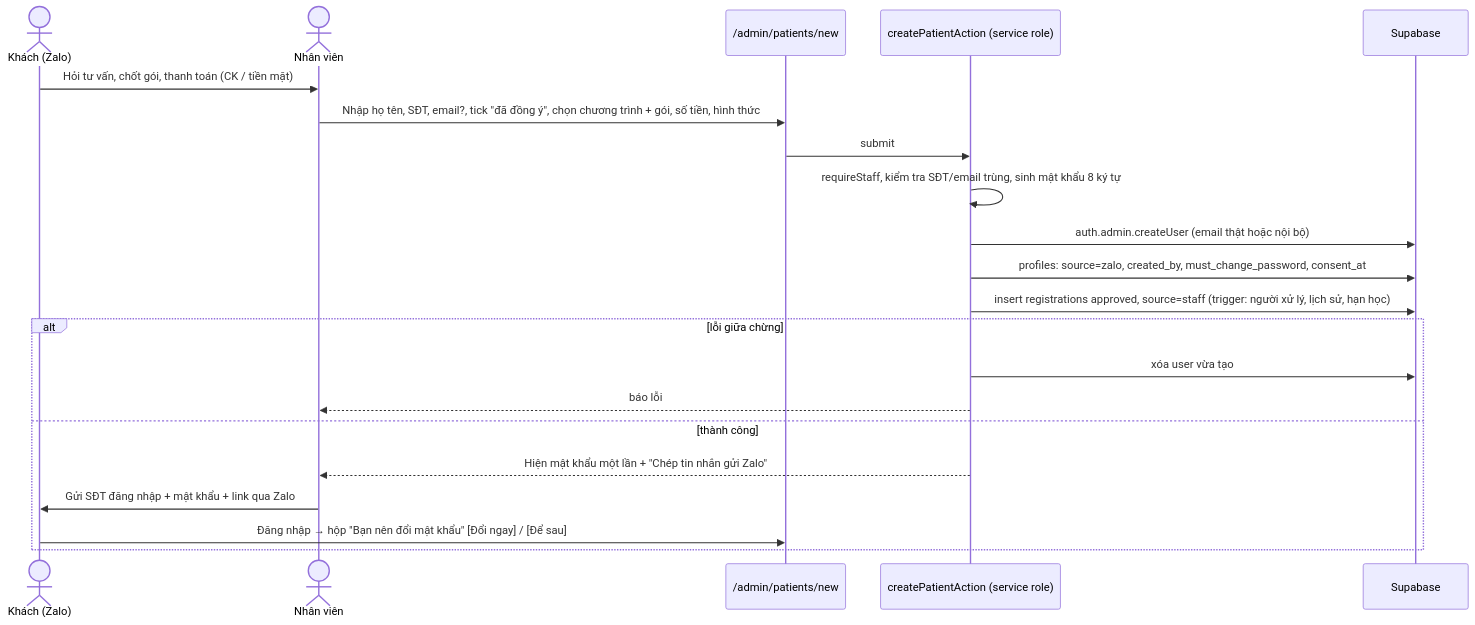
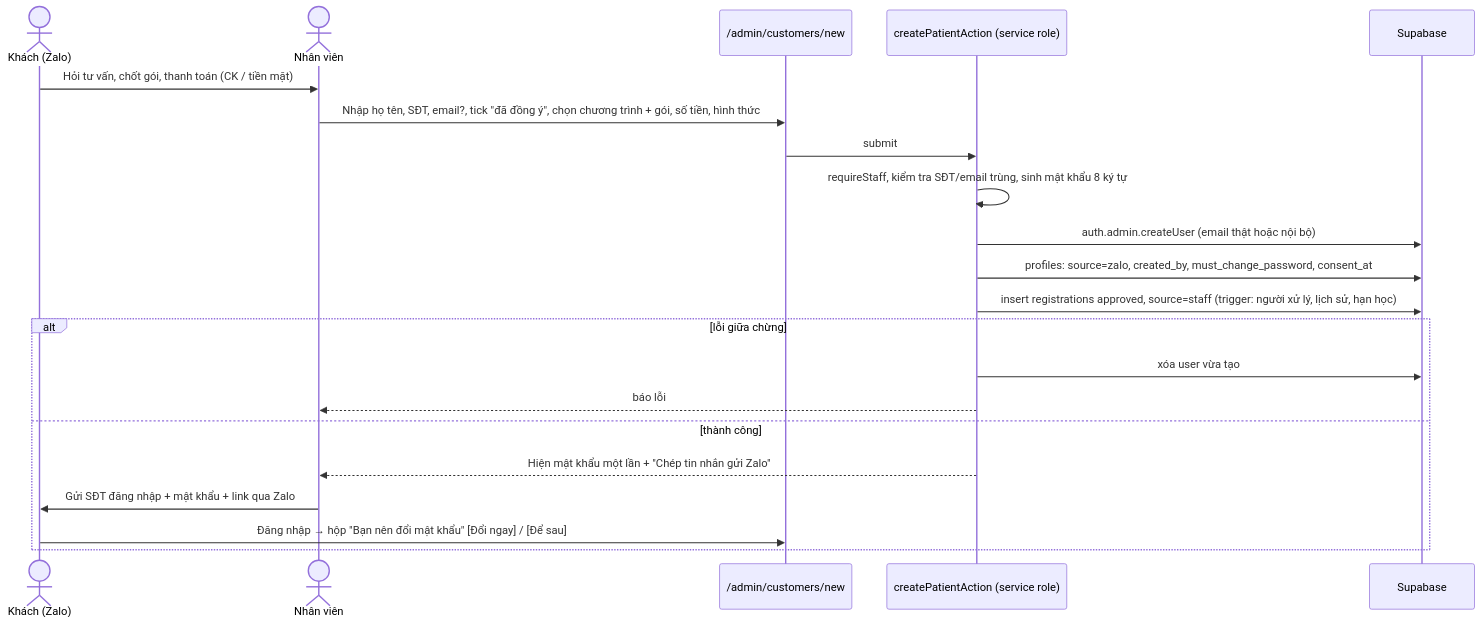
The ninth of 13 diagrams in web design structure/02-user-stories/user-flows.md (dgquan1001/course-platform), drawn with Mermaid before and after one commit. The commit also changed other lines of this file and 72 other files, not shown here.

````diff
--- a/web design structure/02-user-stories/user-flows.md
+++ b/web design structure/02-user-stories/user-flows.md
@@ -168,23 +168,23 @@
 ```mermaid
 sequenceDiagram
   actor K as Khách (Zalo)
   actor S as Nhân viên
-  participant W as /admin/patients/new
+  participant W as /admin/customers/new
   participant A as createPatientAction (service role)
   participant DB as Supabase
   K->>S: Hỏi tư vấn, chốt gói, thanh toán (CK / tiền mặt)
   S->>W: Nhập họ tên, SĐT, email?, tick "đã đồng ý", chọn chương trình + gói, số tiền, hình thức
   W->>A: submit
   A->>A: requireStaff, kiểm tra SĐT/email trùng, sinh mật khẩu 8 ký tự
   A->>DB: auth.admin.createUser (email thật hoặc nội bộ)
   A->>DB: profiles: source=zalo, created_by, must_change_password, consent_at
   A->>DB: insert registrations approved, source=staff (trigger: người xử lý, lịch sử, hạn học)
   alt lỗi giữa chừng
     A->>DB: xóa user vừa tạo
     A-->>S: báo lỗi
   else thành công
     A-->>S: Hiện mật khẩu một lần + "Chép tin nhắn gửi Zalo"
     S->>K: Gửi SĐT đăng nhập + mật khẩu + link qua Zalo
     K->>W: Đăng nhập → hộp "Bạn nên đổi mật khẩu" [Đổi ngay] / [Để sau]
   end
 ```
````
